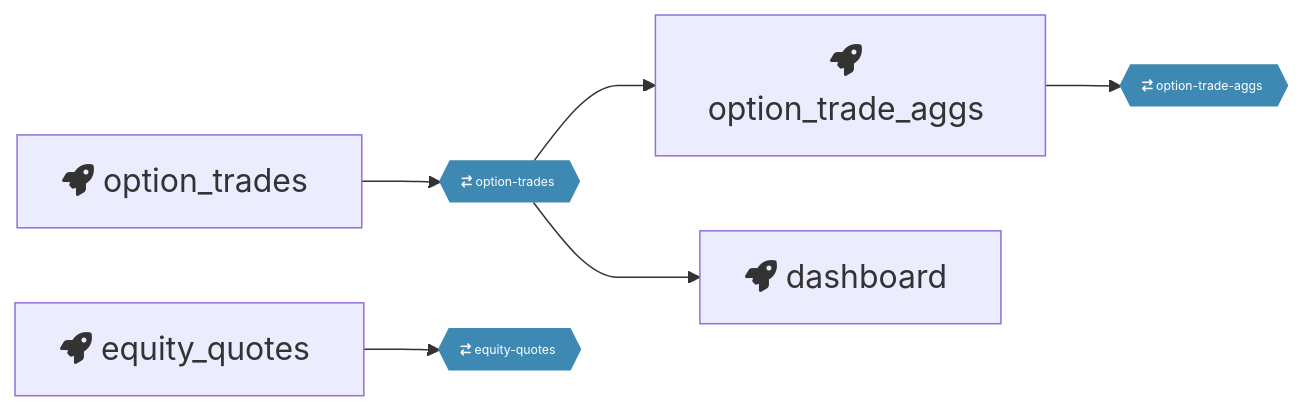
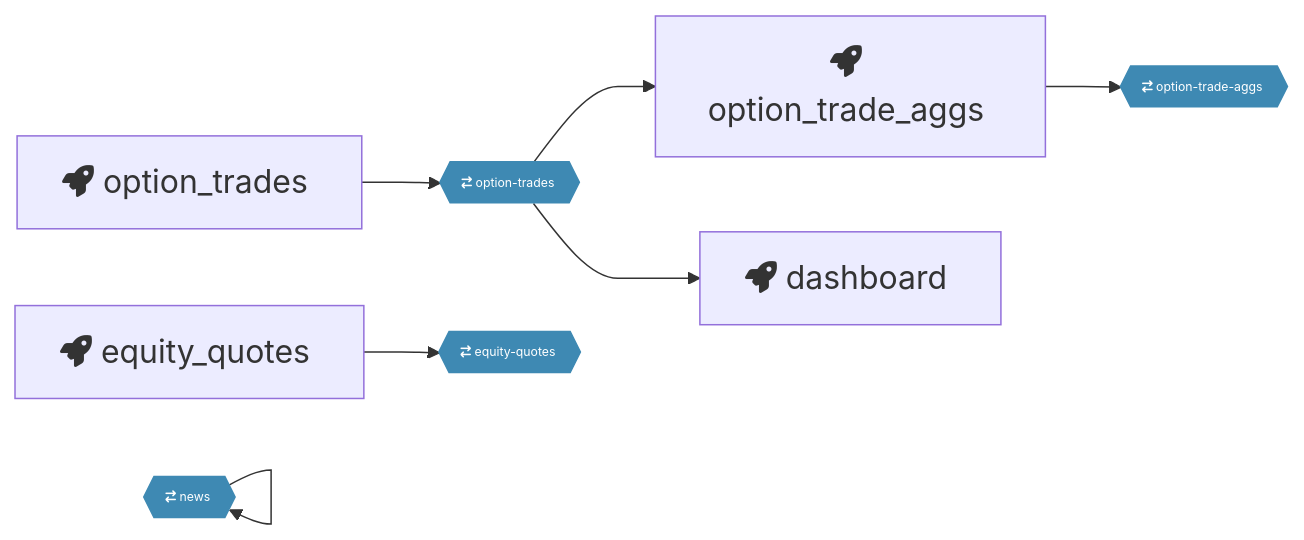
The diagram in pipeline.md (macanderson/ts-data-pipeline), drawn with Mermaid before and after one commit. The commit also changed 6 other files, not shown here.

````diff
--- a/pipeline.md
+++ b/pipeline.md
@@ -1,16 +1,17 @@
 ```mermaid
 %%{ init: { 'flowchart': { 'curve': 'monotoneX' } } }%%
 graph LR;
 option_trades[fa:fa-rocket option_trades &#8205] --> option-trades{{ fa:fa-arrow-right-arrow-left option-trades &#8205}}:::topic;
 option-trades{{ fa:fa-arrow-right-arrow-left option-trades &#8205}}:::topic --> option_trade_aggs[fa:fa-rocket option_trade_aggs &#8205];
 option_trade_aggs[fa:fa-rocket option_trade_aggs &#8205] --> option-trade-aggs{{ fa:fa-arrow-right-arrow-left option-trade-aggs &#8205}}:::topic;
 equity_quotes[fa:fa-rocket equity_quotes &#8205] --> equity-quotes{{ fa:fa-arrow-right-arrow-left equity-quotes &#8205}}:::topic;
 option-trades{{ fa:fa-arrow-right-arrow-left option-trades &#8205}}:::topic --> dashboard[fa:fa-rocket dashboard &#8205];
+news[fa:fa-rocket news &#8205] --> news{{ fa:fa-arrow-right-arrow-left news &#8205}}:::topic;
 
 
 classDef default font-size:110%;
 classDef topic font-size:80%;
 classDef topic fill:#3E89B3;
 classDef topic stroke:#3E89B3;
 classDef topic color:white;
 ```
````
